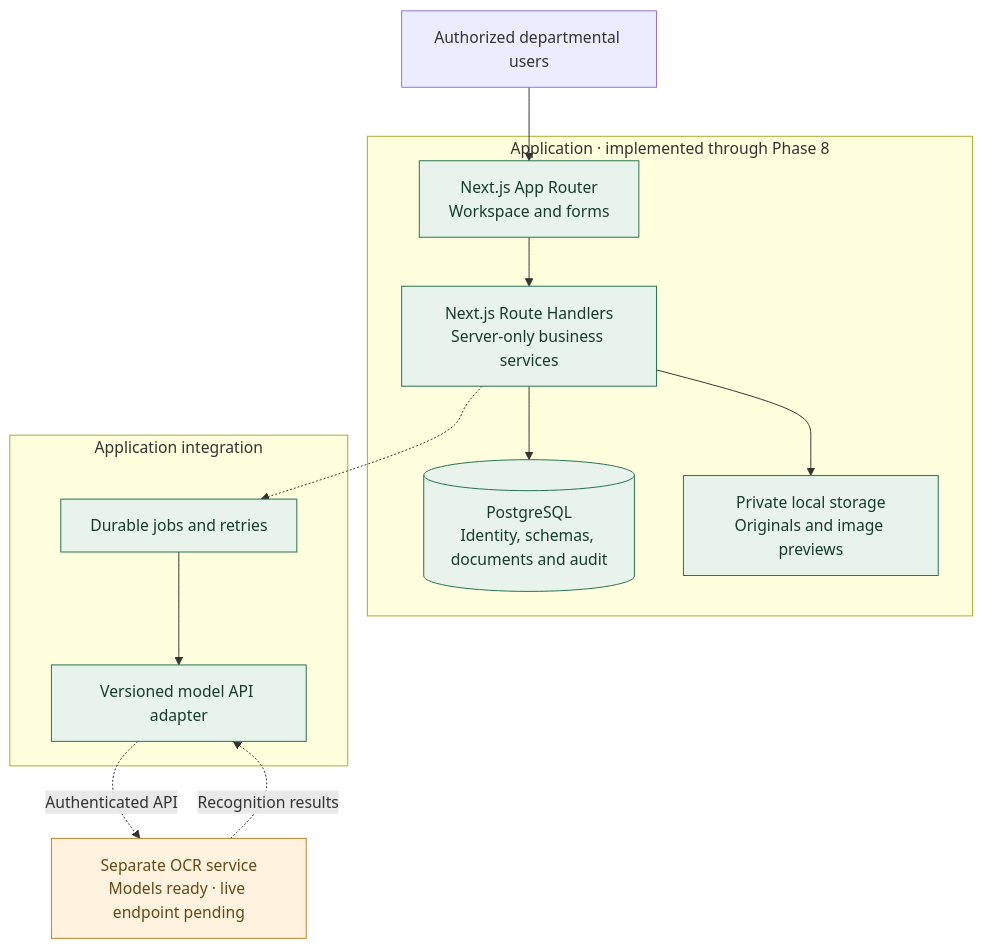
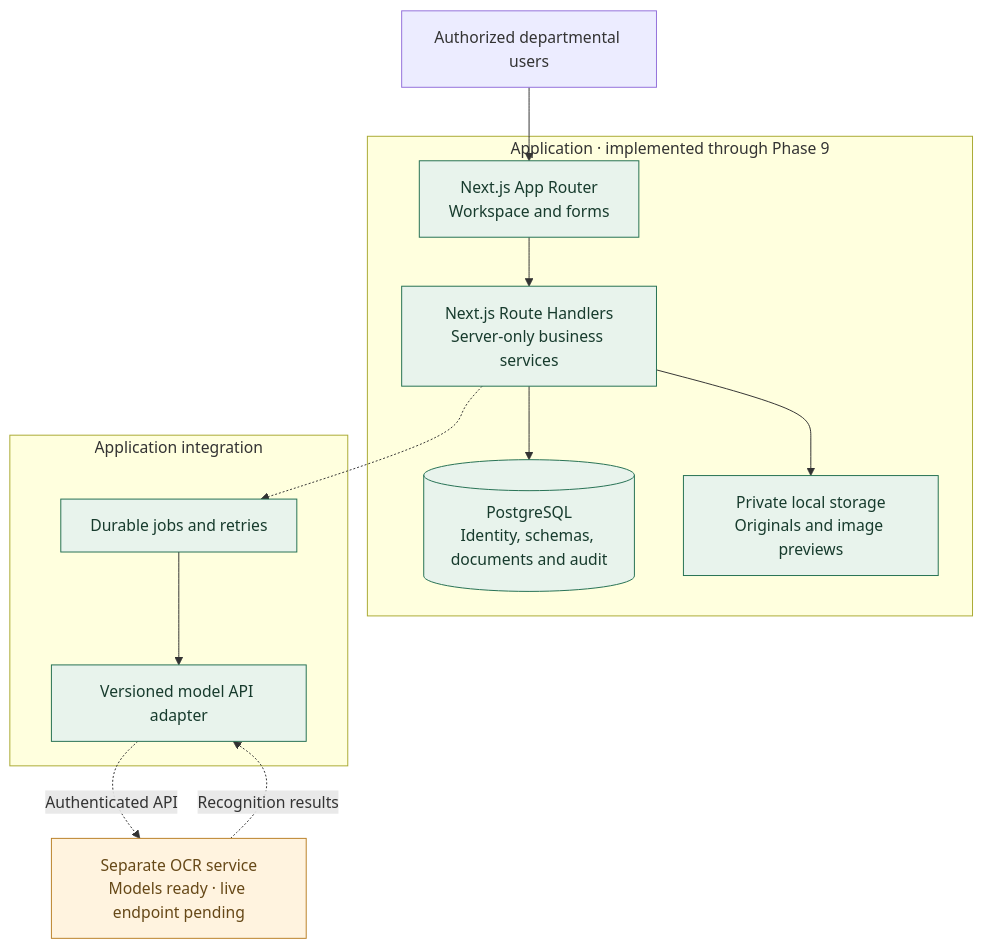
Before and after one commit to unseenap/Land_dizitization: the first of 2 diagrams in SIHPPT.md, drawn with Mermaid. The commit also changed other lines of this file and 20 other files, not shown here.

````diff
--- a/SIHPPT.md
+++ b/SIHPPT.md
@@ -64,28 +64,28 @@
 ```mermaid
 flowchart TB
     User["Authorized departmental users"]
-    subgraph App["Application · implemented through Phase 8"]
+    subgraph App["Application · implemented through Phase 9"]
         UI["Next.js App Router<br/>Workspace and forms"]
         API["Next.js Route Handlers<br/>Server-only business services"]
         DB[("PostgreSQL<br/>Identity, schemas, documents and audit")]
         Files["Private local storage<br/>Originals and image previews"]
         UI --> API
         API --> DB
         API --> Files
     end
     subgraph Connection["Application integration"]
         Jobs["Durable jobs and retries"]
         Adapter["Versioned model API adapter"]
         Jobs --> Adapter
     end
     OCR["Separate OCR service<br/>Models ready · live endpoint pending"]
     User --> UI
     API -.-> Jobs
     Adapter -.->|Authenticated API| OCR
     OCR -.->|Recognition results| Adapter
     classDef ready fill:#e8f3ec,stroke:#247052,color:#173b2d;
     classDef external fill:#fff3df,stroke:#ba8129,color:#664817;
     class UI,API,DB,Files ready;
     class Jobs,Adapter ready;
     class OCR external;
 ```
````
